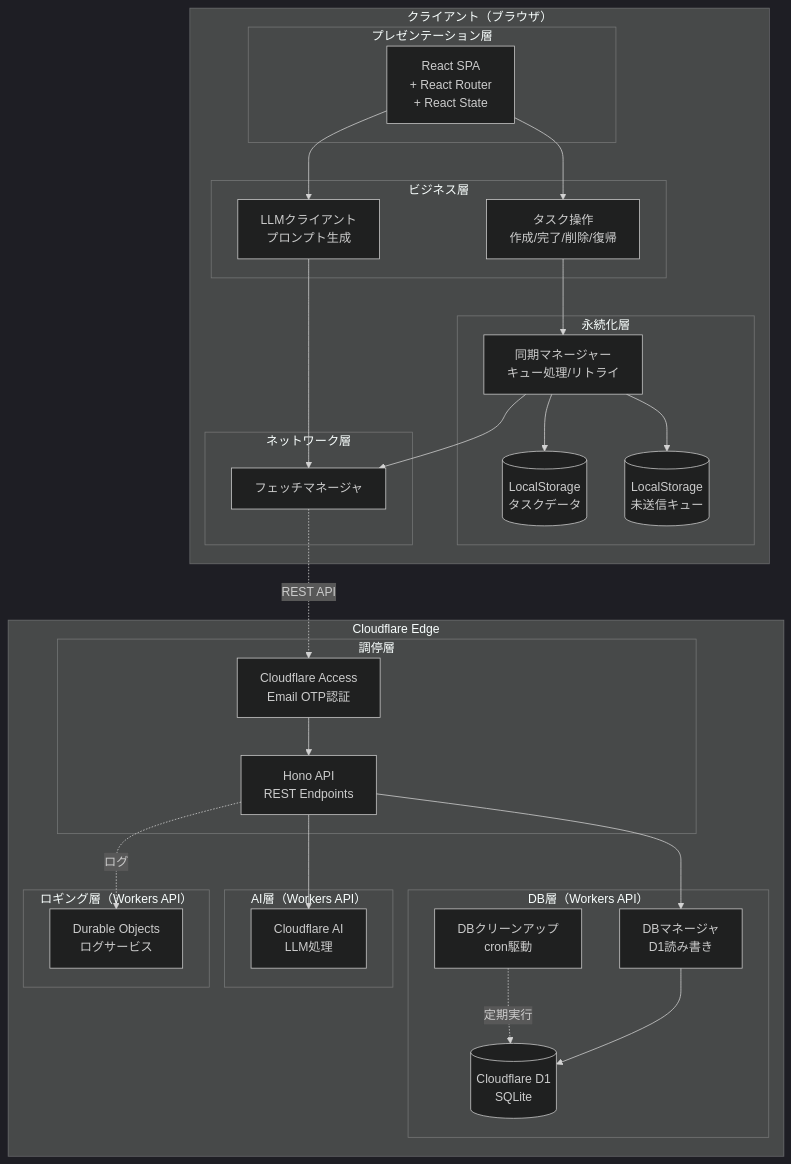
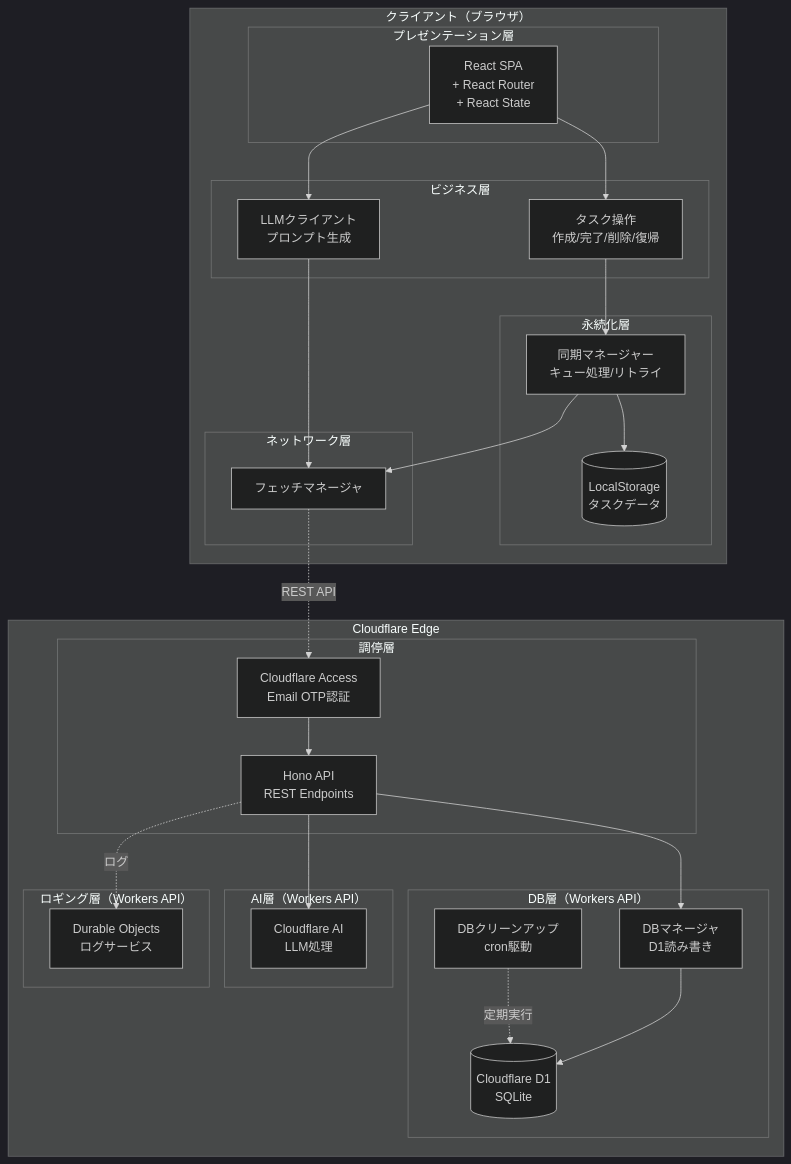
One commit to osawa-naotaka/vanishtodo changed the first of 3 diagrams in doc/04_ARCHETECTURE.md. Above: the diagram before and after it, drawn with Mermaid (dark theme). The commit also changed other lines of this file and 1 other file, not shown here.

````diff
--- a/doc/04_ARCHETECTURE.md
+++ b/doc/04_ARCHETECTURE.md
@@ -26,61 +27,59 @@
 ```mermaid
 graph TB
     subgraph "クライアント（ブラウザ）"
         subgraph "プレゼンテーション層"
             UI[React SPA<br/>+ React Router<br/>+ React State]
         end
         
         subgraph "ビジネス層"
             TaskOps[タスク操作<br/>作成/完了/削除/復帰]
             LLMClient[LLMクライアント<br/>プロンプト生成]
         end
         
         subgraph "永続化層"
             LocalStorage[(LocalStorage<br/>タスクデータ)]
-            SyncQueue[(LocalStorage<br/>未送信キュー)]
             SyncManager[同期マネージャー<br/>キュー処理/リトライ]
         end
 
         subgraph "ネットワーク層"
             Fetch[フェッチマネージャ]
         end
     end
     
     subgraph "Cloudflare Edge"
 
         subgraph "調停層"
             Access[Cloudflare Access<br/>Email OTP認証]
             Workers[Hono API<br/>REST Endpoints]
         end
 
         subgraph "DB層（Workers API）"
             Cron[DBクリーンアップ<br/>cron駆動]
             DB[DBマネージャ<br/>D1読み書き]
             D1[(Cloudflare D1<br/>SQLite)]
         end
 
         subgraph "AI層（Workers API）"
             AI[Cloudflare AI<br/>LLM処理]
         end
 
         subgraph "ロギング層（Workers API）"
             DurableObj[Durable Objects<br/>ログサービス]
         end
 
     end
     
     UI --> TaskOps
     UI --> LLMClient
     TaskOps --> SyncManager
     LLMClient --> Fetch
     SyncManager --> LocalStorage
-    SyncManager --> SyncQueue
     SyncManager --> Fetch
     Fetch -.REST API.-> Access
     Access --> Workers
     Workers --> DB
     Workers -.ログ.-> DurableObj
     Workers --> AI
     Cron -.定期実行.-> D1
     DB --> D1
 ```
````
